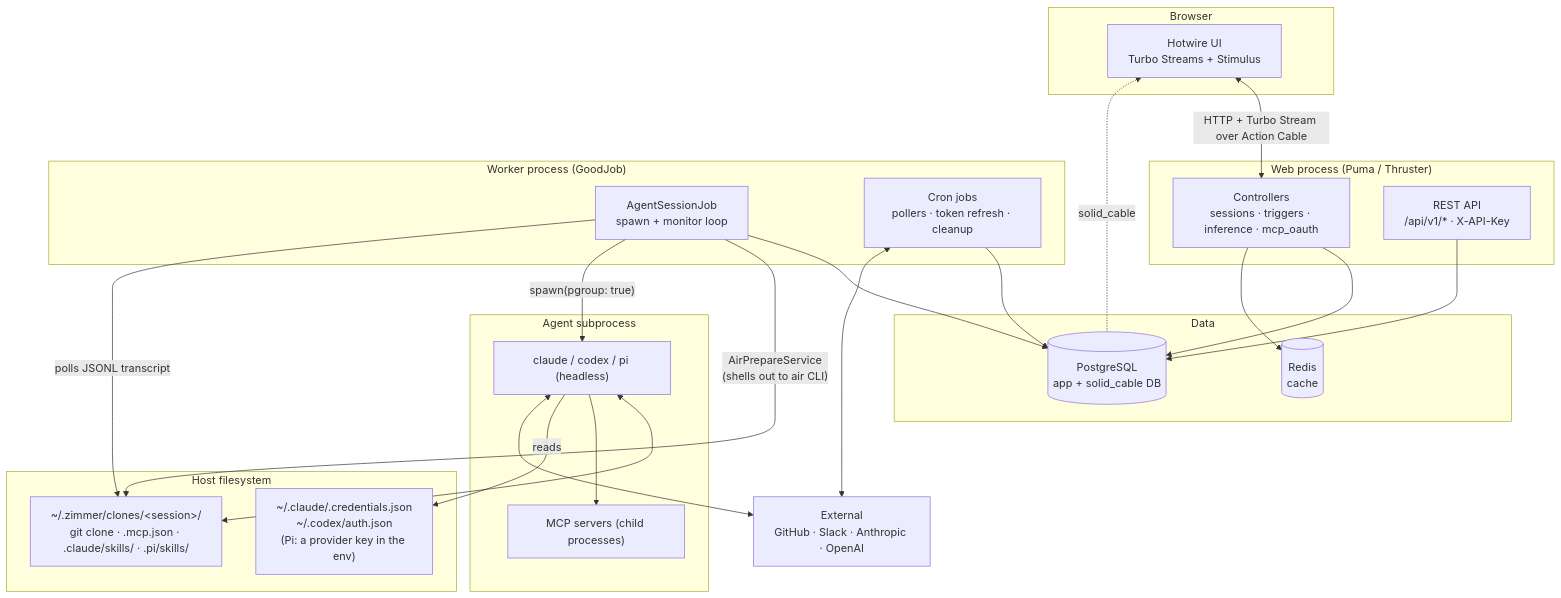
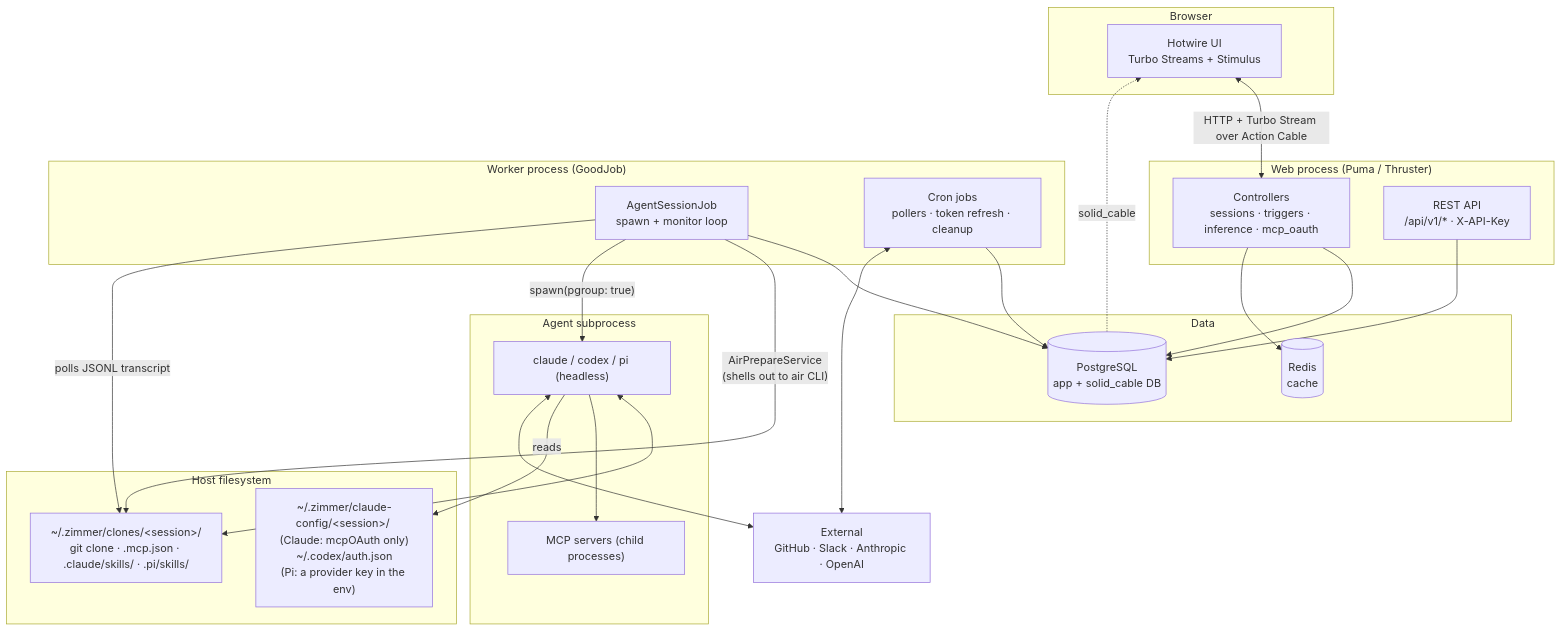
Before and after one commit to tadasant/zimmer: the first of 2 diagrams in docs/src/content/docs/intro/architecture.md, drawn with Mermaid. The commit also changed other lines of this file and 23 other files, not shown here.

````diff
--- a/docs/src/content/docs/intro/architecture.md
+++ b/docs/src/content/docs/intro/architecture.md
@@ -13,49 +13,49 @@
 ```mermaid
 flowchart TB
     subgraph browser["Browser"]
         UI["Hotwire UI<br/>Turbo Streams + Stimulus"]
     end
 
     subgraph web["Web process (Puma / Thruster)"]
         RC["Controllers<br/>sessions · triggers · inference · mcp_oauth"]
         API["REST API<br/>/api/v1/* · X-API-Key"]
     end
 
     subgraph worker["Worker process (GoodJob)"]
         ASJ["AgentSessionJob<br/>spawn + monitor loop"]
         CRON["Cron jobs<br/>pollers · token refresh · cleanup"]
     end
 
     subgraph data["Data"]
         PG[("PostgreSQL<br/>app + solid_cable DB")]
         RD[("Redis<br/>cache")]
     end
 
     subgraph host["Host filesystem"]
         CLONE["~/.zimmer/clones/&lt;session&gt;/<br/>git clone · .mcp.json · .claude/skills/ · .pi/skills/"]
-        CRED["~/.claude/.credentials.json<br/>~/.codex/auth.json<br/>(Pi: a provider key in the env)"]
+        CRED["~/.zimmer/claude-config/&lt;session&gt;/ (Claude: mcpOAuth only)<br/>~/.codex/auth.json<br/>(Pi: a provider key in the env)"]
     end
 
     subgraph proc["Agent subprocess"]
         CLI["claude / codex / pi (headless)"]
         MCP["MCP servers (child processes)"]
     end
 
     EXT["External<br/>GitHub · Slack · Anthropic · OpenAI"]
 
     UI <-->|"HTTP + Turbo Stream over Action Cable"| RC
     RC --> PG
     API --> PG
     PG -.->|"solid_cable"| UI
     RC --> RD
     ASJ --> PG
     CRON --> PG
     ASJ -->|"AirPrepareService<br/>(shells out to air CLI)"| CLONE
     ASJ -->|"spawn(pgroup: true)"| CLI
     CLI <--> CLONE
     CLI --> MCP
     CLI -->|"reads"| CRED
     ASJ -->|"polls JSONL transcript"| CLONE
     CLI <--> EXT
     CRON <--> EXT
 ```
````
